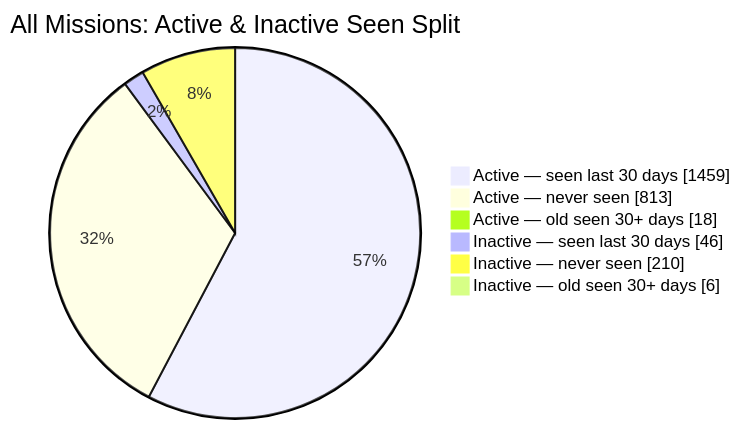
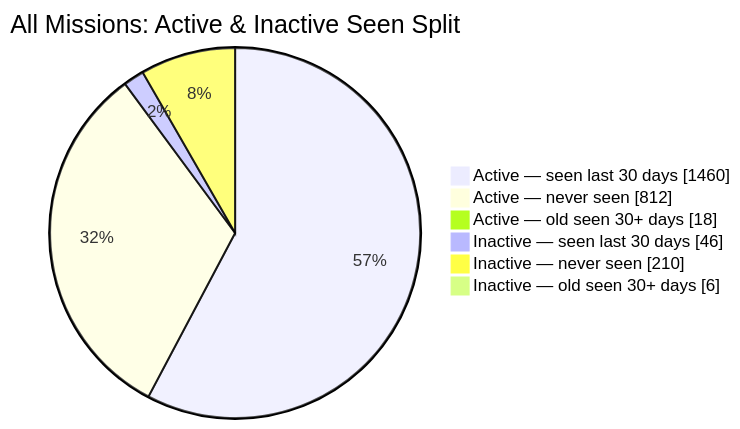
One commit to MeldkamerspelGameTeam/active-missions changed the second of 2 diagrams in README.md. Above: the diagram before and after it, drawn with Mermaid. The commit also changed other lines of this file and 2 other files, not shown here.

````diff
--- a/README.md
+++ b/README.md
@@ -44,10 +44,10 @@
 ```mermaid
 pie showData
     title All Missions: Active & Inactive Seen Split
-    "Active — seen last 30 days" : 1459
-    "Active — never seen" : 813
+    "Active — seen last 30 days" : 1460
+    "Active — never seen" : 812
     "Active — old seen 30+ days" : 18
     "Inactive — seen last 30 days" : 46
     "Inactive — never seen" : 210
     "Inactive — old seen 30+ days" : 6
 ```
````
